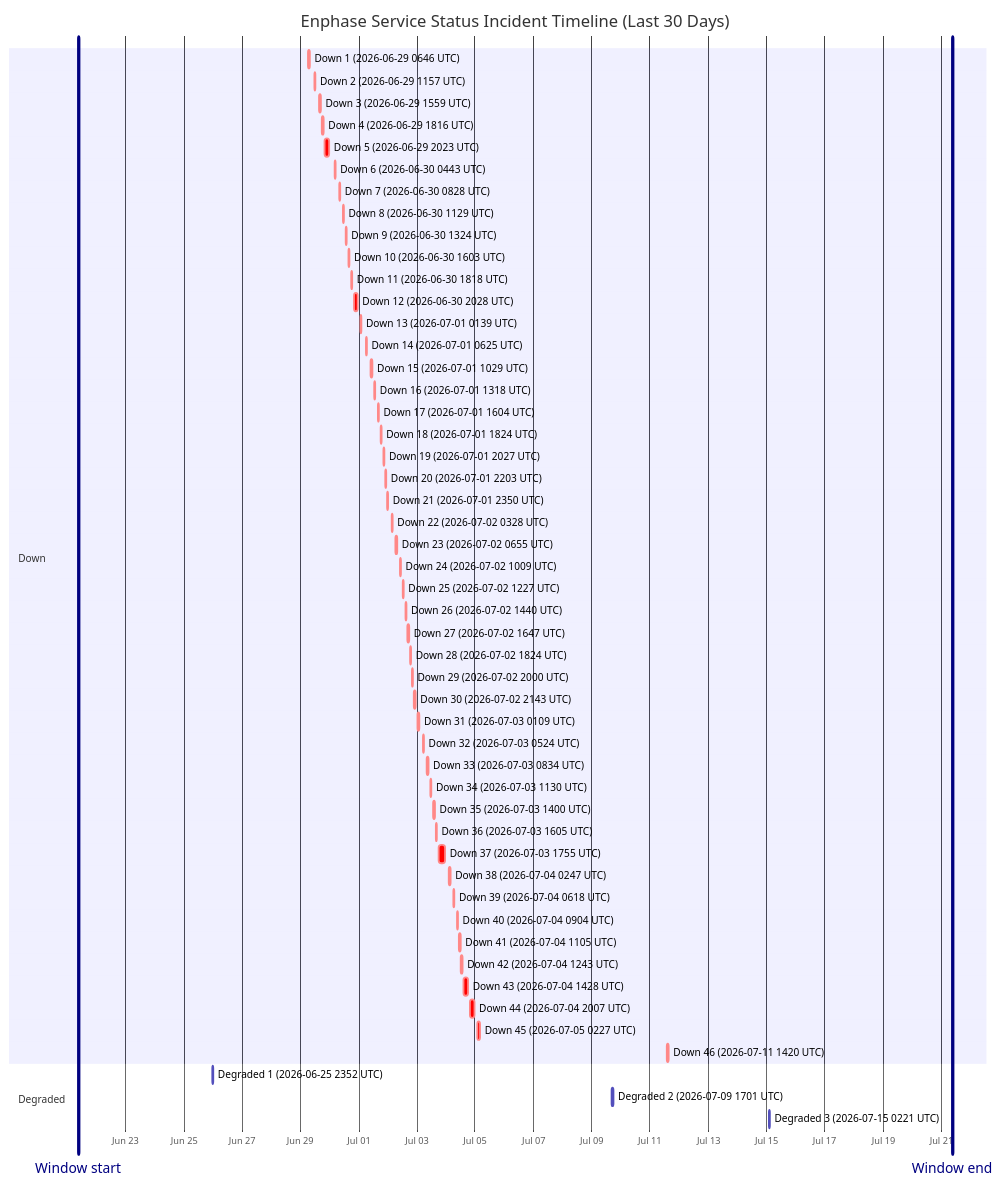
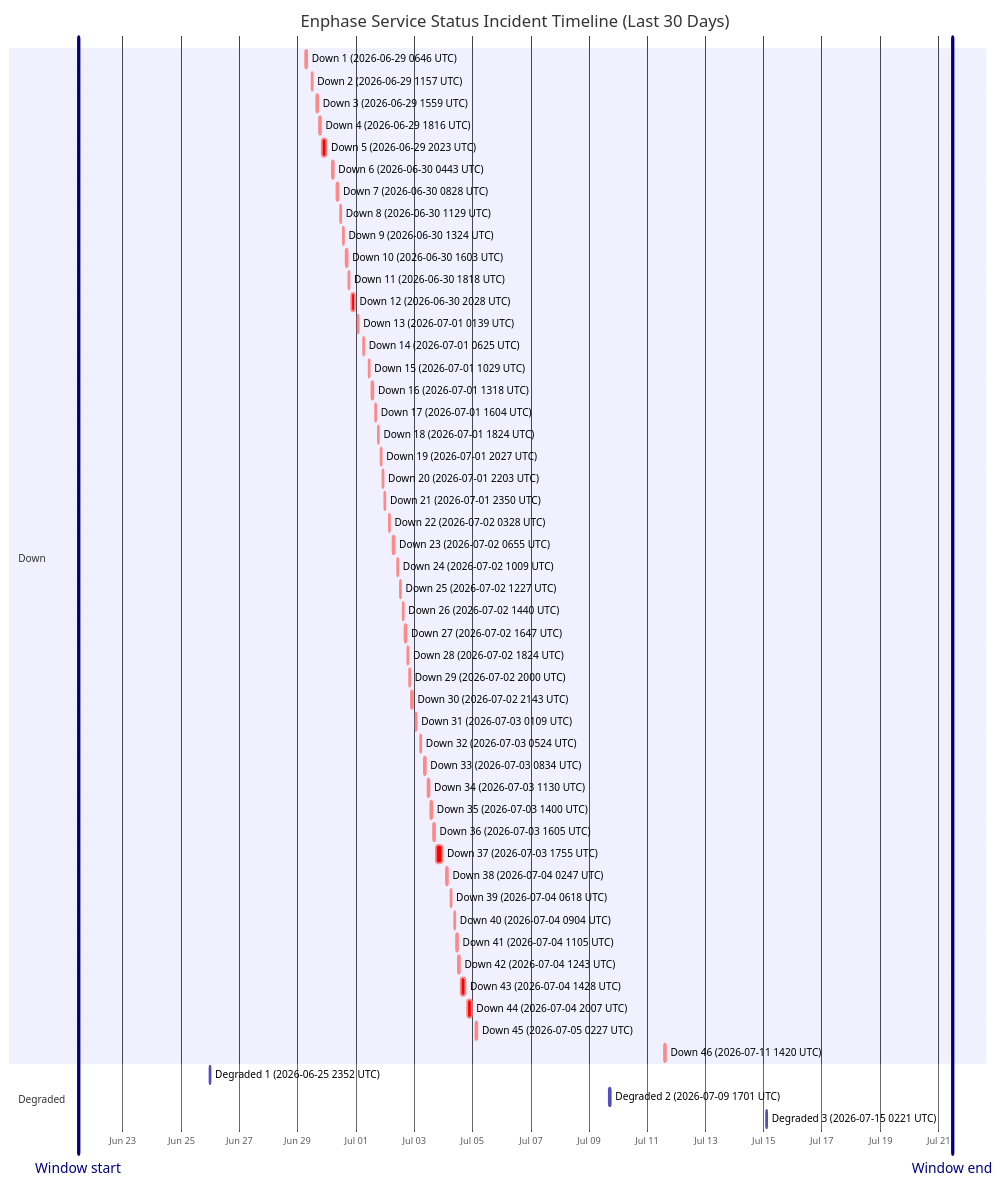
One commit to barneyonline/ha-enphase-energy changed the diagram in wiki/Service-Status-History.md. Above: the diagram before and after it, drawn with Mermaid. The commit also changed other lines of this file and 3 other files, not shown here.

````diff
--- a/wiki/Service-Status-History.md
+++ b/wiki/Service-Status-History.md
@@ -14,59 +14,59 @@
 ```mermaid
 gantt
     title Enphase Service Status Incident Timeline (Last 30 Days)
     dateFormat  YYYY-MM-DDTHH:mm:ss
     axisFormat  %b %d
-    Window start :vert, window-start, 2026-06-21T09:09:15, 0ms
-    Window end :vert, window-end, 2026-07-21T09:09:15, 0ms
+    Window start :vert, window-start, 2026-06-21T11:22:11, 0ms
+    Window end :vert, window-end, 2026-07-21T11:22:11, 0ms
     section Down
     Down 1 (2026-06-29 0646 UTC) :crit, down-1, 2026-06-29T06:46:18, 60m
     Down 2 (2026-06-29 1157 UTC) :crit, down-2, 2026-06-29T11:57:36, 60m
     Down 3 (2026-06-29 1559 UTC) :crit, down-3, 2026-06-29T15:59:02, 60m
     Down 4 (2026-06-29 1816 UTC) :crit, down-4, 2026-06-29T18:16:38, 60m
     Down 5 (2026-06-29 2023 UTC) :crit, down-5, 2026-06-29T20:23:16, 220m
     Down 6 (2026-06-30 0443 UTC) :crit, down-6, 2026-06-30T04:43:54, 60m
     Down 7 (2026-06-30 0828 UTC) :crit, down-7, 2026-06-30T08:28:43, 60m
     Down 8 (2026-06-30 1129 UTC) :crit, down-8, 2026-06-30T11:29:15, 60m
     Down 9 (2026-06-30 1324 UTC) :crit, down-9, 2026-06-30T13:24:25, 60m
     Down 10 (2026-06-30 1603 UTC) :crit, down-10, 2026-06-30T16:03:26, 60m
     Down 11 (2026-06-30 1818 UTC) :crit, down-11, 2026-06-30T18:18:39, 60m
     Down 12 (2026-06-30 2028 UTC) :crit, down-12, 2026-06-30T20:28:54, 171m
     Down 13 (2026-07-01 0139 UTC) :crit, down-13, 2026-07-01T01:39:18, 60m
     Down 14 (2026-07-01 0625 UTC) :crit, down-14, 2026-07-01T06:25:35, 60m
     Down 15 (2026-07-01 1029 UTC) :crit, down-15, 2026-07-01T10:29:24, 60m
     Down 16 (2026-07-01 1318 UTC) :crit, down-16, 2026-07-01T13:18:31, 60m
     Down 17 (2026-07-01 1604 UTC) :crit, down-17, 2026-07-01T16:04:29, 60m
     Down 18 (2026-07-01 1824 UTC) :crit, down-18, 2026-07-01T18:24:21, 60m
     Down 19 (2026-07-01 2027 UTC) :crit, down-19, 2026-07-01T20:27:17, 60m
     Down 20 (2026-07-01 2203 UTC) :crit, down-20, 2026-07-01T22:03:46, 60m
     Down 21 (2026-07-01 2350 UTC) :crit, down-21, 2026-07-01T23:50:52, 60m
     Down 22 (2026-07-02 0328 UTC) :crit, down-22, 2026-07-02T03:28:33, 60m
     Down 23 (2026-07-02 0655 UTC) :crit, down-23, 2026-07-02T06:55:07, 60m
     Down 24 (2026-07-02 1009 UTC) :crit, down-24, 2026-07-02T10:09:15, 60m
     Down 25 (2026-07-02 1227 UTC) :crit, down-25, 2026-07-02T12:27:49, 60m
     Down 26 (2026-07-02 1440 UTC) :crit, down-26, 2026-07-02T14:40:53, 60m
     Down 27 (2026-07-02 1647 UTC) :crit, down-27, 2026-07-02T16:47:47, 60m
     Down 28 (2026-07-02 1824 UTC) :crit, down-28, 2026-07-02T18:24:26, 60m
     Down 29 (2026-07-02 2000 UTC) :crit, down-29, 2026-07-02T20:00:57, 60m
     Down 30 (2026-07-02 2143 UTC) :crit, down-30, 2026-07-02T21:43:52, 80m
     Down 31 (2026-07-03 0109 UTC) :crit, down-31, 2026-07-03T01:09:19, 60m
     Down 32 (2026-07-03 0524 UTC) :crit, down-32, 2026-07-03T05:24:23, 60m
     Down 33 (2026-07-03 0834 UTC) :crit, down-33, 2026-07-03T08:34:05, 60m
     Down 34 (2026-07-03 1130 UTC) :crit, down-34, 2026-07-03T11:30:41, 60m
     Down 35 (2026-07-03 1400 UTC) :crit, down-35, 2026-07-03T14:00:48, 60m
     Down 36 (2026-07-03 1605 UTC) :crit, down-36, 2026-07-03T16:05:49, 60m
     Down 37 (2026-07-03 1755 UTC) :crit, down-37, 2026-07-03T17:55:54, 338m
     Down 38 (2026-07-04 0247 UTC) :crit, down-38, 2026-07-04T02:47:22, 60m
     Down 39 (2026-07-04 0618 UTC) :crit, down-39, 2026-07-04T06:18:09, 60m
     Down 40 (2026-07-04 0904 UTC) :crit, down-40, 2026-07-04T09:04:41, 60m
     Down 41 (2026-07-04 1105 UTC) :crit, down-41, 2026-07-04T11:05:21, 60m
     Down 42 (2026-07-04 1243 UTC) :crit, down-42, 2026-07-04T12:43:25, 60m
     Down 43 (2026-07-04 1428 UTC) :crit, down-43, 2026-07-04T14:28:07, 243m
     Down 44 (2026-07-04 2007 UTC) :crit, down-44, 2026-07-04T20:07:50, 206m
     Down 45 (2026-07-05 0227 UTC) :crit, down-45, 2026-07-05T02:27:32, 109m
     Down 46 (2026-07-11 1420 UTC) :crit, down-46, 2026-07-11T14:20:54, 69m
     section Degraded
     Degraded 1 (2026-06-25 2352 UTC) :active, degraded-1, 2026-06-25T23:52:01, 60m
     Degraded 2 (2026-07-09 1701 UTC) :active, degraded-2, 2026-07-09T17:01:02, 60m
     Degraded 3 (2026-07-15 0221 UTC) :active, degraded-3, 2026-07-15T02:21:35, 60m
 ```
````
